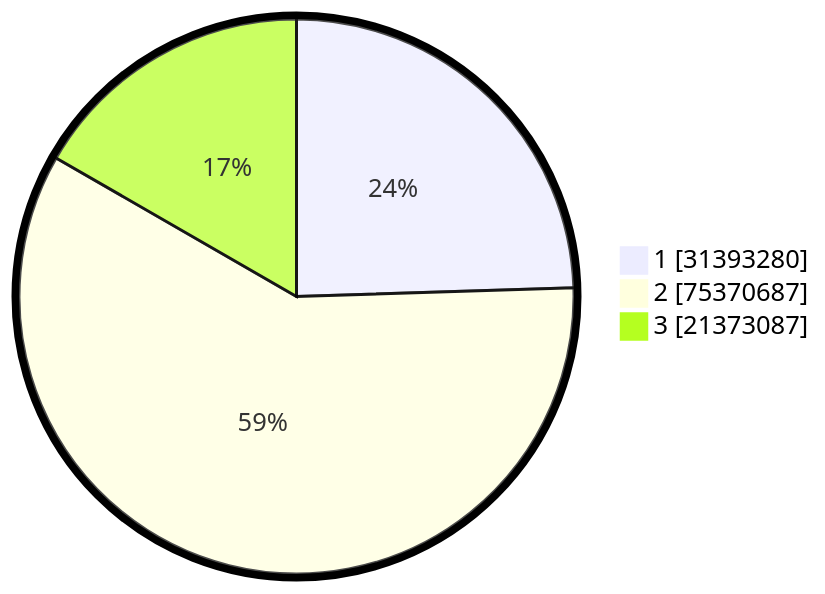
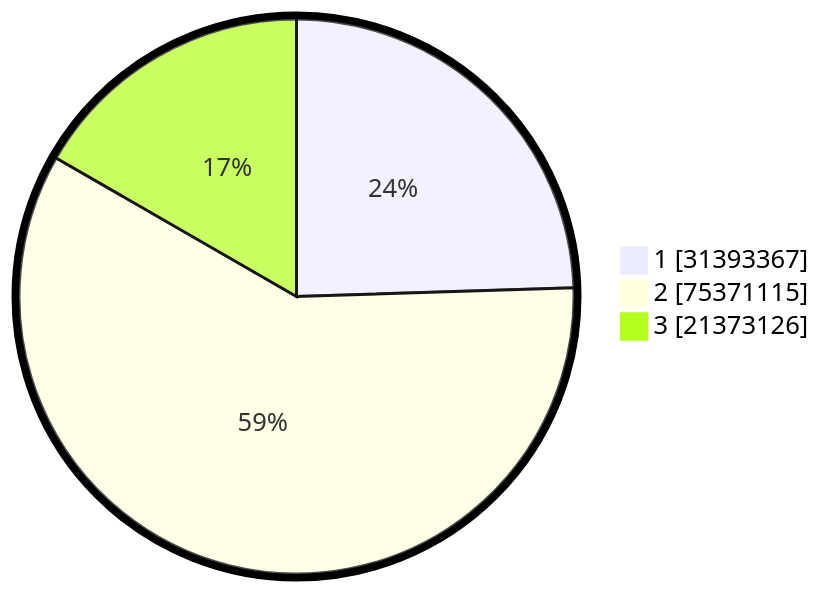
The second of 2 diagrams in pilpres/hitung-suara/README.md (gigit-pemilu/pemilu-2024), drawn with Mermaid before and after one commit. The commit also changed other lines of this file and 5 other files, not shown here.

````diff
--- a/pilpres/hitung-suara/README.md
+++ b/pilpres/hitung-suara/README.md
@@ -93,7 +93,7 @@
 ```mermaid
 %%{init: {"pie": {"textPosition": 0.5}, "themeVariables": {"pieOuterStrokeWidth": "5px"}} }%%
 pie showData
-    "1" : 31393280
-    "2" : 75370687
-    "3" : 21373087
+    "1" : 31393367
+    "2" : 75371115
+    "3" : 21373126
 ```
````
